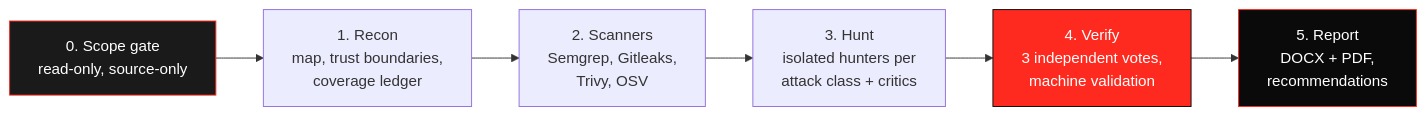
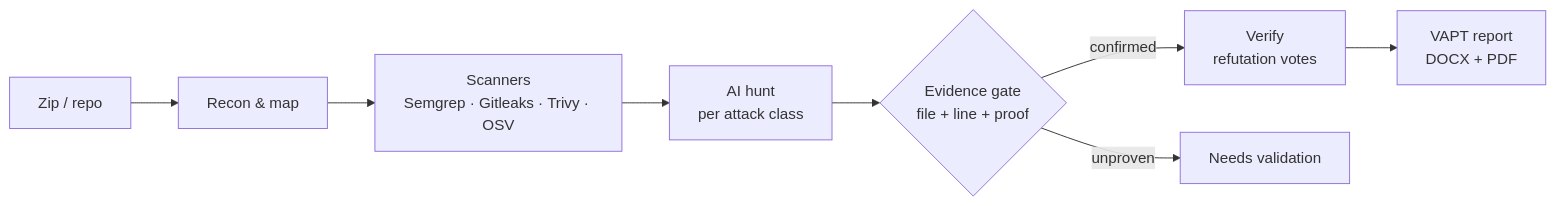
One commit to risewithvj/AI-Security-Audit-Skills changed the diagram in README.md. Above: the diagram before and after it, drawn with Mermaid. The commit also changed other lines of this file and 1 other file, not shown here.

Commit message:
docs: full README redesign — SVG hero banner, badge row, benchmark table, collapsible web/CLI paths, mermaid flow, HD report previews, FAQ, roadmap

````diff
--- a/README.md
+++ b/README.md
@@ -81,11 +105,10 @@
 ```mermaid
 flowchart LR
-    A[0. Scope gate<br/>read-only, source-only] --> B[1. Recon<br/>map, trust boundaries,<br/>coverage ledger]
-    B --> C[2. Scanners<br/>Semgrep, Gitleaks,<br/>Trivy, OSV]
-    C --> D[3. Hunt<br/>isolated hunters per<br/>attack class + critics]
-    D --> E[4. Verify<br/>3 independent votes,<br/>machine validation]
-    E --> F[5. Report<br/>DOCX + PDF,<br/>recommendations]
-    style A fill:#1A1A1A,color:#fff,stroke:#FF2A1F
-    style E fill:#FF2A1F,color:#fff,stroke:#0A0A0A
-    style F fill:#0A0A0A,color:#fff,stroke:#FF2A1F
+  A[Zip / repo] --> B[Recon & map]
+  B --> C[Scanners<br/>Semgrep · Gitleaks · Trivy · OSV]
+  C --> D[AI hunt<br/>per attack class]
+  D --> E{Evidence gate<br/>file + line + proof}
+  E -- confirmed --> F[Verify<br/>refutation votes]
+  E -- unproven --> G[Needs validation]
+  F --> H[VAPT report<br/>DOCX + PDF]
 ```
````
